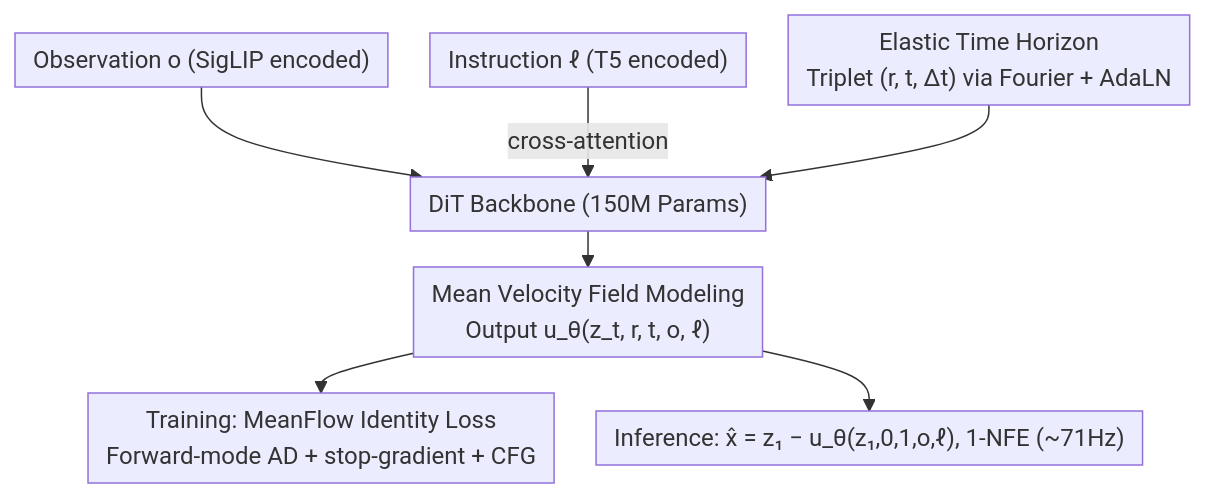
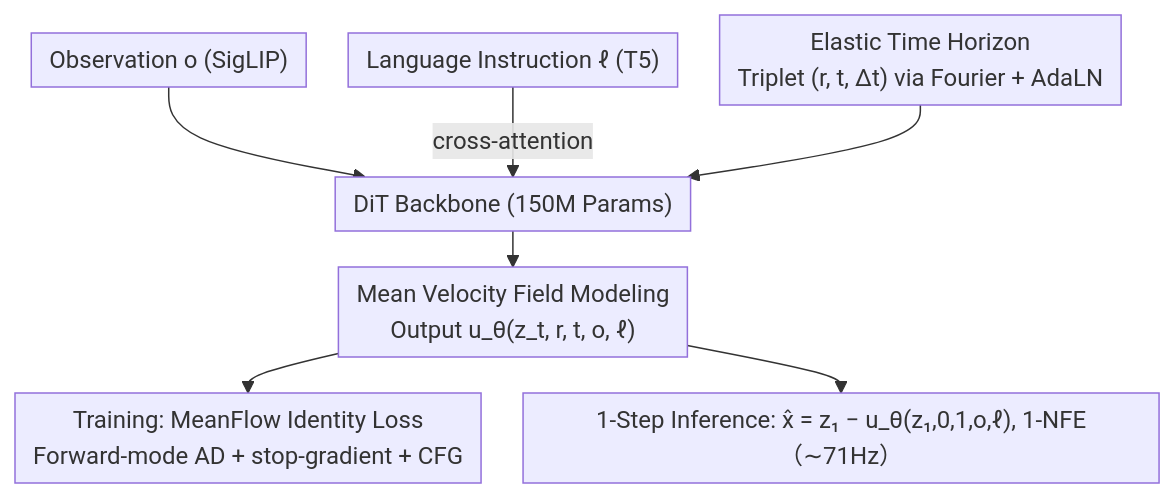
One commit to zhaoyang97/Paper-Notes-en changed the diagram in docs/ACL2026/robotics/elasticflow_one-step_physics-consistent_policy_with_elastic_time_horizons_for_la.md. Above: the diagram before and after it, drawn with Mermaid. The commit also changed other lines of this file and 5084 other files, not shown here.

````diff
--- a/docs/ACL2026/robotics/elasticflow_one-step_physics-consistent_policy_with_elastic_time_horizons_for_la.md
+++ b/docs/ACL2026/robotics/elasticflow_one-step_physics-consistent_policy_with_elastic_time_horizons_for_la.md
@@ -44,10 +44,10 @@
 ```mermaid
 %%{init: {'flowchart': {'rankSpacing': 24, 'nodeSpacing': 28, 'padding': 6, 'wrappingWidth': 400}}}%%
 flowchart TD
-    O["Observation o (SigLIP encoded)"] --> DIT["DiT Backbone (150M Params)"]
-    L["Instruction ℓ (T5 encoded)"] -->|cross-attention| DIT
+    O["Observation o (SigLIP)"] --> DIT["DiT Backbone (150M Params)"]
+    L["Language Instruction ℓ (T5)"] -->|cross-attention| DIT
     TH["Elastic Time Horizon<br/>Triplet (r, t, Δt) via Fourier + AdaLN"] --> DIT
     DIT --> U["Mean Velocity Field Modeling<br/>Output u_θ(z_t, r, t, o, ℓ)"]
     U --> TRAIN["Training: MeanFlow Identity Loss<br/>Forward-mode AD + stop-gradient + CFG"]
-    U --> INFER["Inference: x̂ = z₁ − u_θ(z₁,0,1,o,ℓ), 1-NFE (~71Hz)"]
+    U --> INFER["1-Step Inference: x̂ = z₁ − u_θ(z₁,0,1,o,ℓ), 1-NFE（∼71Hz）"]
 ```
````
